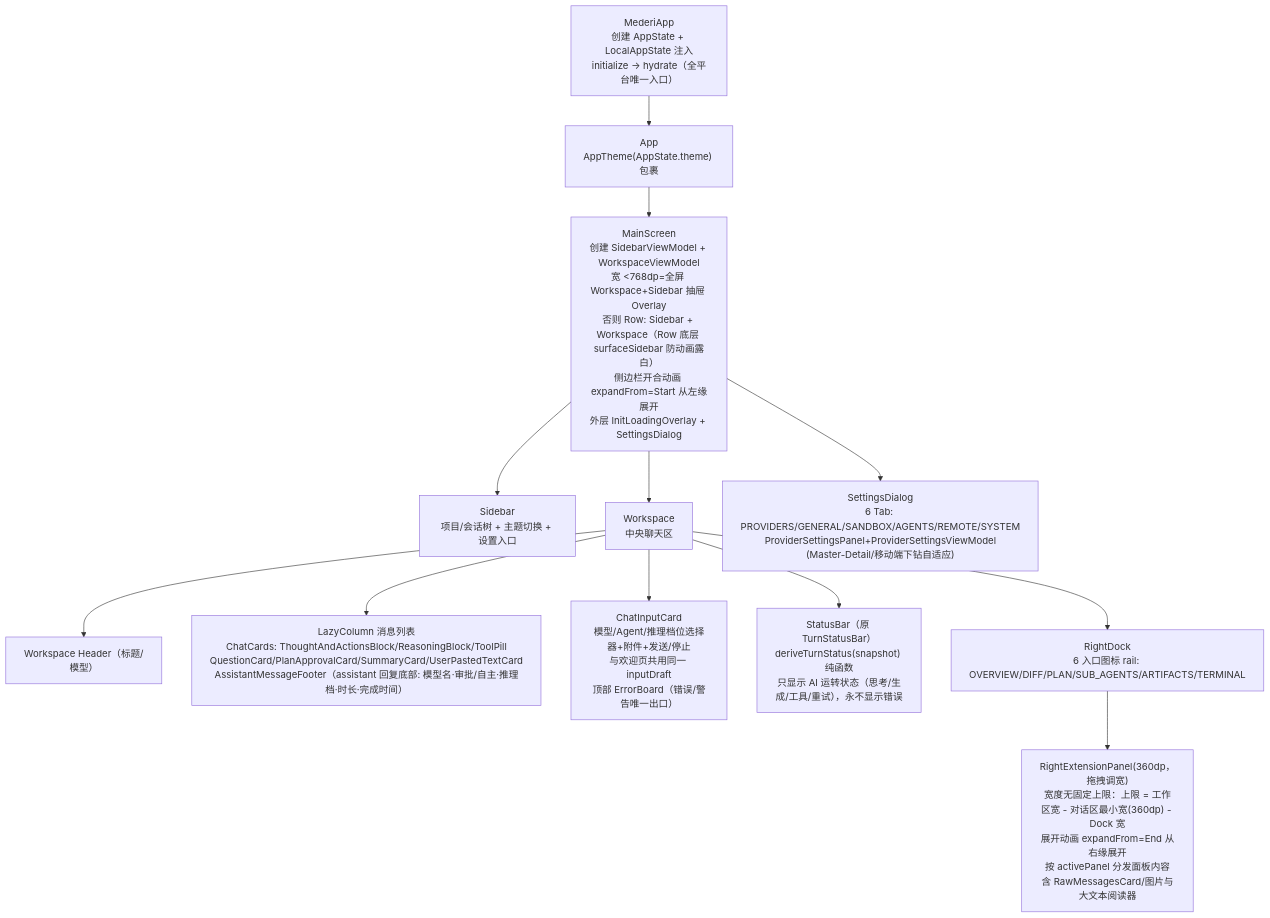
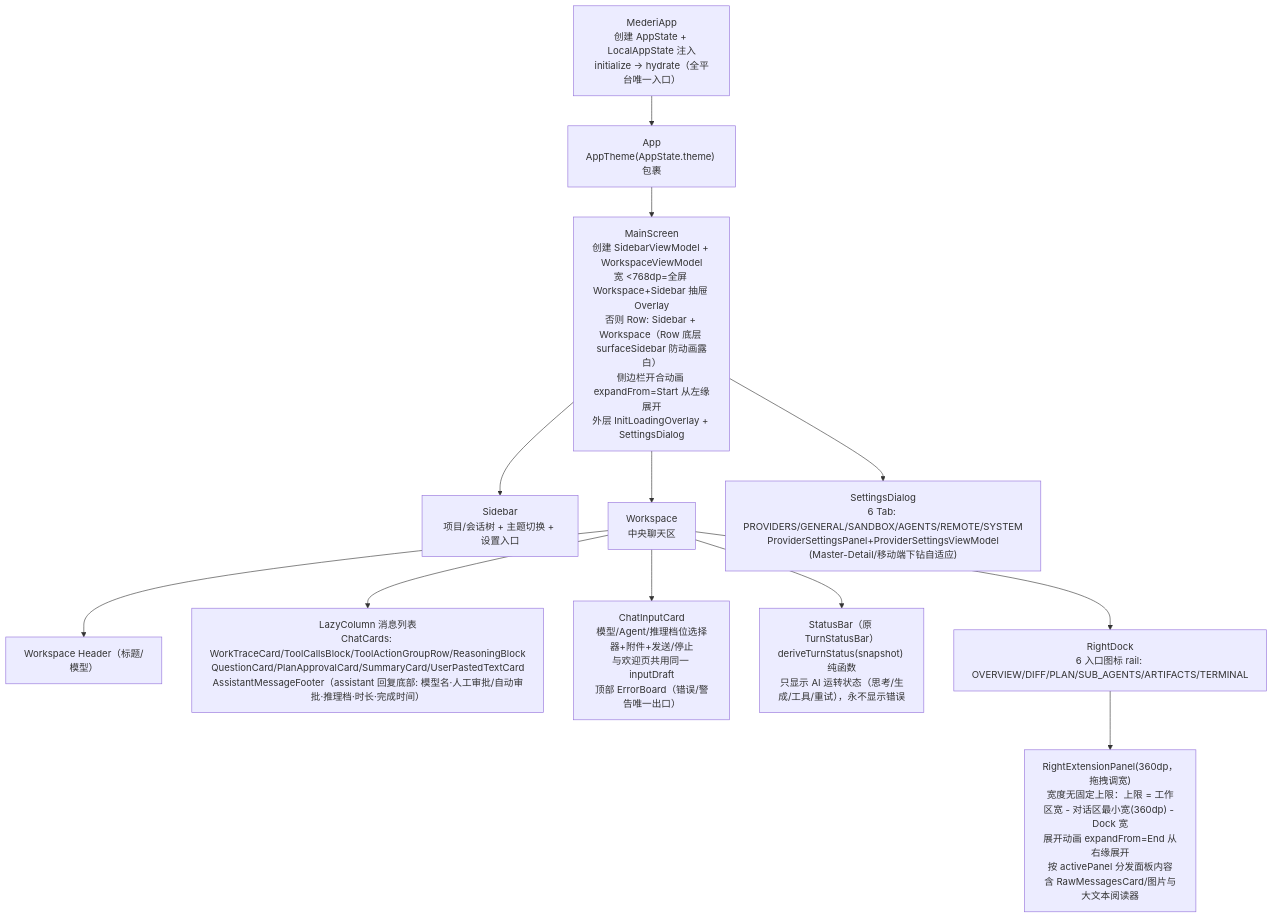
The third of 4 diagrams in mederi/docs/architecture/02-app-shared.md (lzdev42/mederi), drawn with Mermaid before and after one commit. The commit also changed other lines of this file and 74 other files, not shown here.

````diff
--- a/mederi/docs/architecture/02-app-shared.md
+++ b/mederi/docs/architecture/02-app-shared.md
@@ -344,24 +346,24 @@
 ```mermaid
 flowchart TD
     MA["MederiApp<br/>创建 AppState + LocalAppState 注入<br/>initialize → hydrate（全平台唯一入口）"]
     APP["App<br/>AppTheme(AppState.theme) 包裹"]
     MS["MainScreen<br/>创建 SidebarViewModel + WorkspaceViewModel<br/>宽 <768dp=全屏 Workspace+Sidebar 抽屉 Overlay<br/>否则 Row: Sidebar + Workspace（Row 底层 surfaceSidebar 防动画露白）<br/>侧边栏开合动画 expandFrom=Start 从左缘展开<br/>外层 InitLoadingOverlay + SettingsDialog"]
     SB["Sidebar<br/>项目/会话树 + 主题切换 + 设置入口"]
     WS["Workspace<br/>中央聊天区"]
     HDR["Workspace Header（标题/模型）"]
-    LIST["LazyColumn 消息列表<br/>ChatCards: ThoughtAndActionsBlock/ReasoningBlock/ToolPill<br/>QuestionCard/PlanApprovalCard/SummaryCard/UserPastedTextCard<br/>AssistantMessageFooter（assistant 回复底部: 模型名·审批/自主·推理档·时长·完成时间）"]
+    LIST["LazyColumn 消息列表<br/>ChatCards: WorkTraceCard/ToolCallsBlock/ToolActionGroupRow/ReasoningBlock<br/>QuestionCard/PlanApprovalCard/SummaryCard/UserPastedTextCard<br/>AssistantMessageFooter（assistant 回复底部: 模型名·人工审批/自动审批·推理档·时长·完成时间）"]
     INPUT["ChatInputCard<br/>模型/Agent/推理档位选择器+附件+发送/停止<br/>与欢迎页共用同一 inputDraft<br/>顶部 ErrorBoard（错误/警告唯一出口）"]
     SBAR["StatusBar（原 TurnStatusBar）<br/>deriveTurnStatus(snapshot) 纯函数<br/>只显示 AI 运转状态（思考/生成/工具/重试），永不显示错误"]
     DOCK["RightDock<br/>6 入口图标 rail: OVERVIEW/DIFF/PLAN/SUB_AGENTS/ARTIFACTS/TERMINAL"]
     REP["RightExtensionPanel(360dp，拖拽调宽)<br/>宽度无固定上限：上限 = 工作区宽 - 对话区最小宽(360dp) - Dock 宽<br/>展开动画 expandFrom=End 从右缘展开<br/>按 activePanel 分发面板内容<br/>含 RawMessagesCard/图片与大文本阅读器"]
     SD["SettingsDialog<br/>6 Tab: PROVIDERS/GENERAL/SANDBOX/AGENTS/REMOTE/SYSTEM<br/>ProviderSettingsPanel+ProviderSettingsViewModel<br/>(Master-Detail/移动端下钻自适应)"]
     MA --> APP --> MS
     MS --> SB
     MS --> WS
     WS --> HDR
     WS --> LIST
     WS --> INPUT
     WS --> SBAR
     WS --> DOCK --> REP
     MS --> SD
 ```
````
